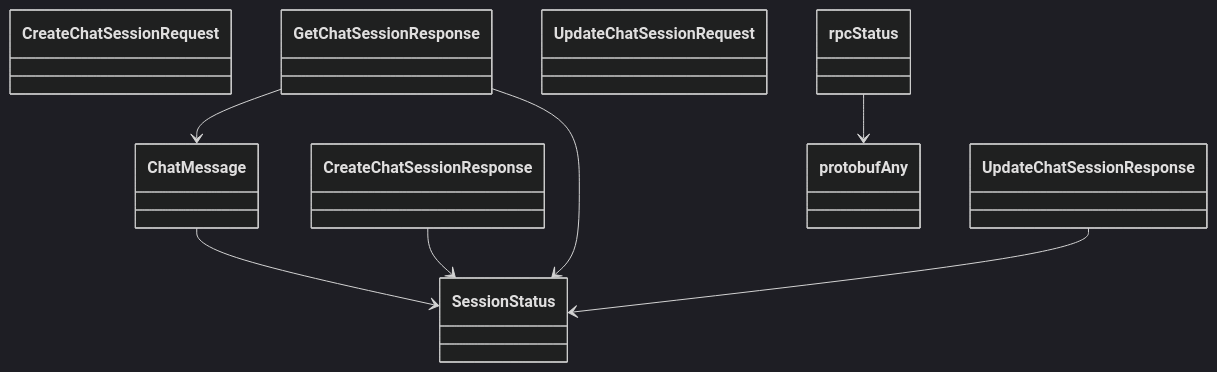
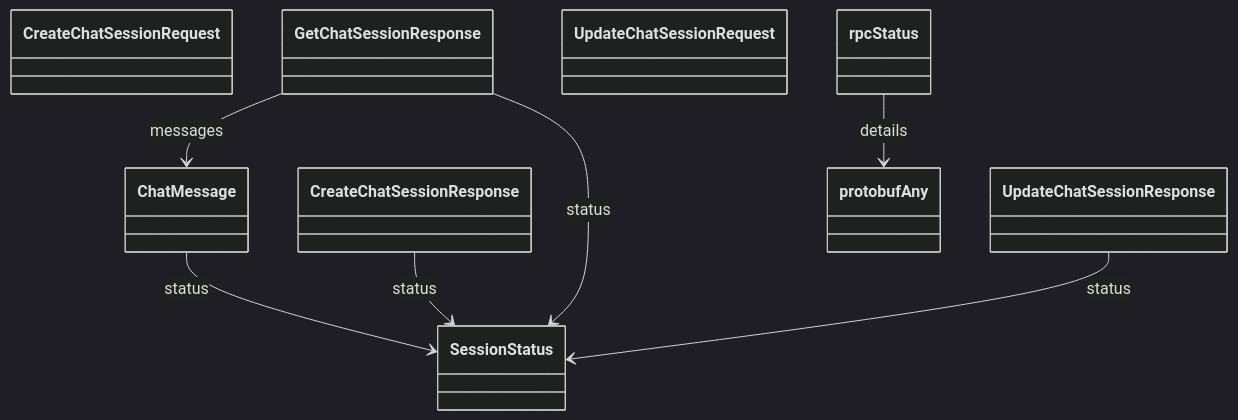
One commit to alexdearaujo/community_sdk_python changed the eighth of 8 diagrams in docs/sphinx/services/ai_advisor.md. Above: the diagram before and after it, drawn with Mermaid (dark theme). The commit also changed other lines of this file and 129 other files, not shown here.

````diff
--- a/docs/sphinx/services/ai_advisor.md
+++ b/docs/sphinx/services/ai_advisor.md
@@ -263,18 +284,18 @@
 ```mermaid
 classDiagram
     class ChatMessage
     class CreateChatSessionRequest
     class CreateChatSessionResponse
     class GetChatSessionResponse
     class SessionStatus
     class UpdateChatSessionRequest
     class UpdateChatSessionResponse
     class protobufAny
     class rpcStatus
-    ChatMessage --> SessionStatus
-    CreateChatSessionResponse --> SessionStatus
-    GetChatSessionResponse --> ChatMessage
-    GetChatSessionResponse --> SessionStatus
-    UpdateChatSessionResponse --> SessionStatus
-    rpcStatus --> protobufAny
+    ChatMessage --> SessionStatus : status
+    CreateChatSessionResponse --> SessionStatus : status
+    GetChatSessionResponse --> ChatMessage : messages
+    GetChatSessionResponse --> SessionStatus : status
+    UpdateChatSessionResponse --> SessionStatus : status
+    rpcStatus --> protobufAny : details
 ```
````
